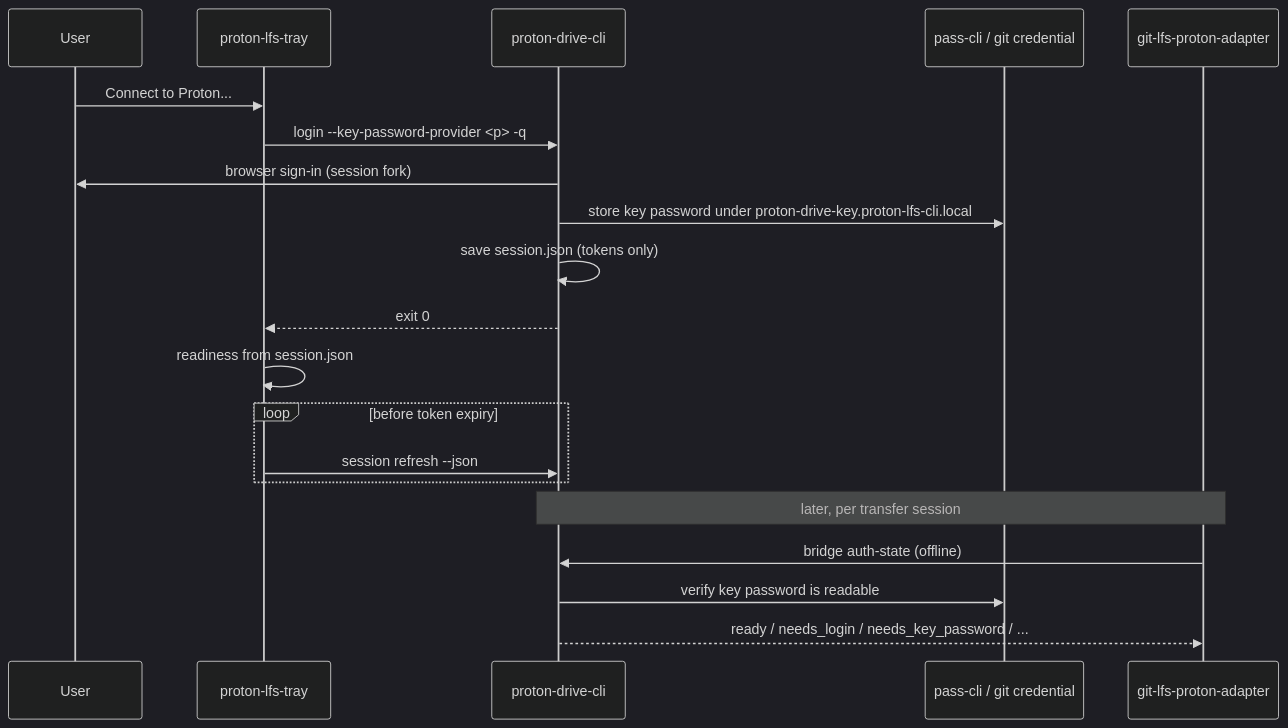
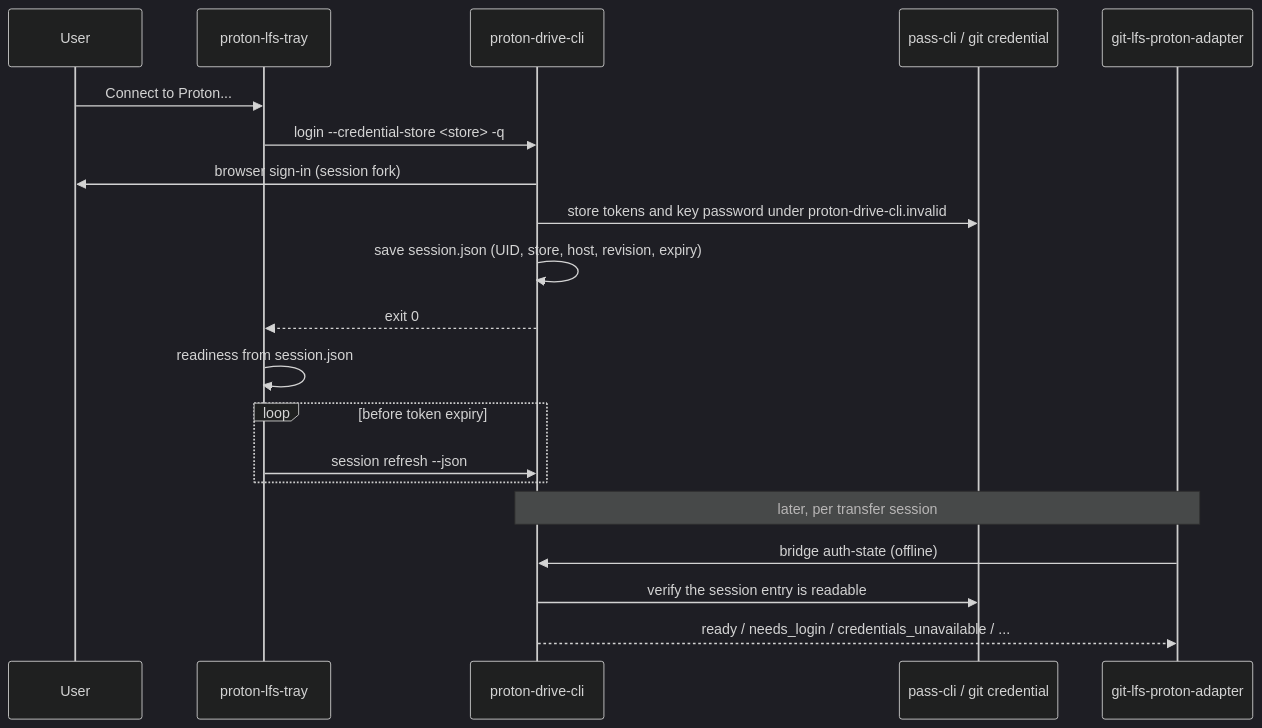
Before and after one commit to SevenOfNine-labs/proton-lfs-cli: the third of 5 diagrams in docs/architecture/architecture.md, drawn with Mermaid (dark theme). The commit also changed other lines of this file and 59 other files, not shown here.

````diff
--- a/docs/architecture/architecture.md
+++ b/docs/architecture/architecture.md
@@ -123,25 +125,25 @@
 ```mermaid
 sequenceDiagram
     participant User
     participant Tray as proton-lfs-tray
     participant CLI as proton-drive-cli
-    participant Provider as pass-cli / git credential
+    participant Store as pass-cli / git credential
     participant Adapter as git-lfs-proton-adapter
 
     User->>Tray: Connect to Proton...
-    Tray->>CLI: login --key-password-provider <p> -q
+    Tray->>CLI: login --credential-store <store> -q
     CLI->>User: browser sign-in (session fork)
-    CLI->>Provider: store key password under proton-drive-key.proton-lfs-cli.local
-    CLI->>CLI: save session.json (tokens only)
+    CLI->>Store: store tokens and key password under proton-drive-cli.invalid
+    CLI->>CLI: save session.json (UID, store, host, revision, expiry)
     CLI-->>Tray: exit 0
     Tray->>Tray: readiness from session.json
 
     loop before token expiry
         Tray->>CLI: session refresh --json
     end
 
     Note over Adapter,CLI: later, per transfer session
     Adapter->>CLI: bridge auth-state (offline)
-    CLI->>Provider: verify key password is readable
-    CLI-->>Adapter: ready / needs_login / needs_key_password / ...
+    CLI->>Store: verify the session entry is readable
+    CLI-->>Adapter: ready / needs_login / credentials_unavailable / ...
 ```
````
